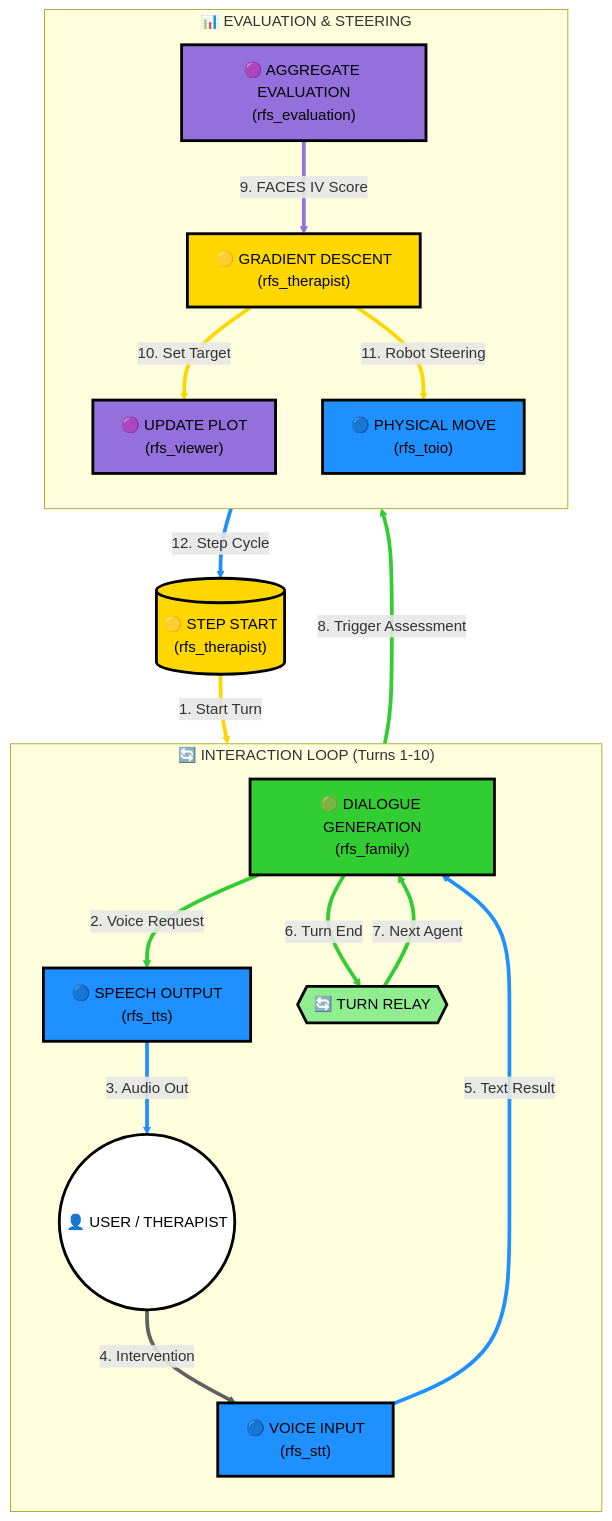
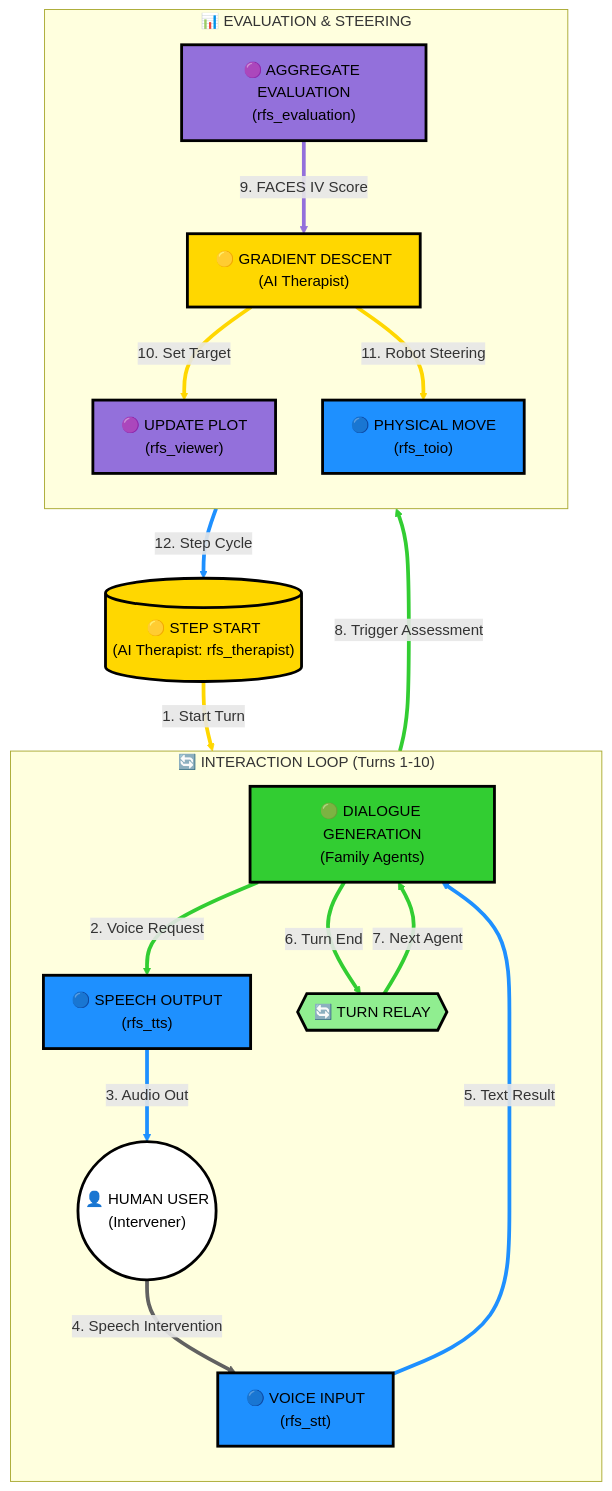
The diagram in README.md (robotaichi/rfs), drawn with Mermaid before and after one commit. The commit also changed other lines of this file, not shown here.

Commit message:
Clarify User as Intervener and rfs_therapist as AI Therapist

````diff
--- a/README.md
+++ b/README.md
@@ -18,64 +18,64 @@
 ```mermaid
 graph TD
     %% 1. Initialization
-    S1[("🟡 STEP START<br/>(rfs_therapist)")]
+    S1[("🟡 STEP START<br/>(AI Therapist: rfs_therapist)")]
     
     %% 2. Interaction
     subgraph Phase2 ["🔄 INTERACTION LOOP (Turns 1-10)"]
         direction TB
-        F1["🟢 DIALOGUE GENERATION<br/>(rfs_family)"]
+        F1["🟢 DIALOGUE GENERATION<br/>(Family Agents)"]
         T1["🔵 SPEECH OUTPUT<br/>(rfs_tts)"]
-        U1(("👤 USER / THERAPIST"))
+        U1(("👤 HUMAN USER<br/>(Intervener)"))
         I1["🔵 VOICE INPUT<br/>(rfs_stt)"]
         R1{{"🔄 TURN RELAY"}}
     end
     
     %% 3. Evaluation
     subgraph Phase3 ["📊 EVALUATION & STEERING"]
         direction TB
         E1["🟣 AGGREGATE EVALUATION<br/>(rfs_evaluation)"]
-        G1["🟡 GRADIENT DESCENT<br/>(rfs_therapist)"]
+        G1["🟡 GRADIENT DESCENT<br/>(AI Therapist)"]
         P1["🟣 UPDATE PLOT<br/>(rfs_viewer)"]
         M1["🔵 PHYSICAL MOVE<br/>(rfs_toio)"]
     end
 
     %% Process Connections
     S1 -- "1. Start Turn" --> F1
     F1 -- "2. Voice Request" --> T1
     T1 -- "3. Audio Out" --> U1
-    U1 -- "4. Intervention" --> I1
+    U1 -- "4. Speech Intervention" --> I1
     I1 -- "5. Text Result" --> F1
     F1 -- "6. Turn End" --> R1
     R1 -- "7. Next Agent" --> F1
     R1 -- "8. Trigger Assessment" --> E1
     E1 -- "9. FACES IV Score" --> G1
     G1 -- "10. Set Target" --> P1
     G1 -- "11. Robot Steering" --> M1
     M1 -- "12. Step Cycle" --> S1
 
     %% Node Styling (High Contrast)
     style S1 fill:#FFD700,stroke:#000,stroke-width:3px,color:#000
     style F1 fill:#32CD32,stroke:#000,stroke-width:3px,color:#000
     style T1 fill:#1E90FF,stroke:#000,stroke-width:3px,color:#000
     style U1 fill:#FFFFFF,stroke:#000,stroke-width:3px,color:#000
     style I1 fill:#1E90FF,stroke:#000,stroke-width:3px,color:#000
     style R1 fill:#90EE90,stroke:#000,stroke-width:3px,color:#000
     style E1 fill:#9370DB,stroke:#000,stroke-width:3px,color:#000
     style G1 fill:#FFD700,stroke:#000,stroke-width:3px,color:#000
     style P1 fill:#9370DB,stroke:#000,stroke-width:3px,color:#000
     style M1 fill:#1E90FF,stroke:#000,stroke-width:3px,color:#000
 
     %% Link Styling (Bold & Node-Coordinated)
     linkStyle 0 stroke:#FFD700,stroke-width:4px
     linkStyle 1 stroke:#32CD32,stroke-width:4px
     linkStyle 2 stroke:#1E90FF,stroke-width:4px
     linkStyle 3 stroke:#616161,stroke-width:4px
     linkStyle 4 stroke:#1E90FF,stroke-width:4px
     linkStyle 5 stroke:#32CD32,stroke-width:4px
     linkStyle 6 stroke:#32CD32,stroke-width:4px
     linkStyle 7 stroke:#32CD32,stroke-width:4px
     linkStyle 8 stroke:#9370DB,stroke-width:4px
     linkStyle 9 stroke:#FFD700,stroke-width:4px
     linkStyle 10 stroke:#FFD700,stroke-width:4px
     linkStyle 11 stroke:#1E90FF,stroke-width:4px
 ```
````
